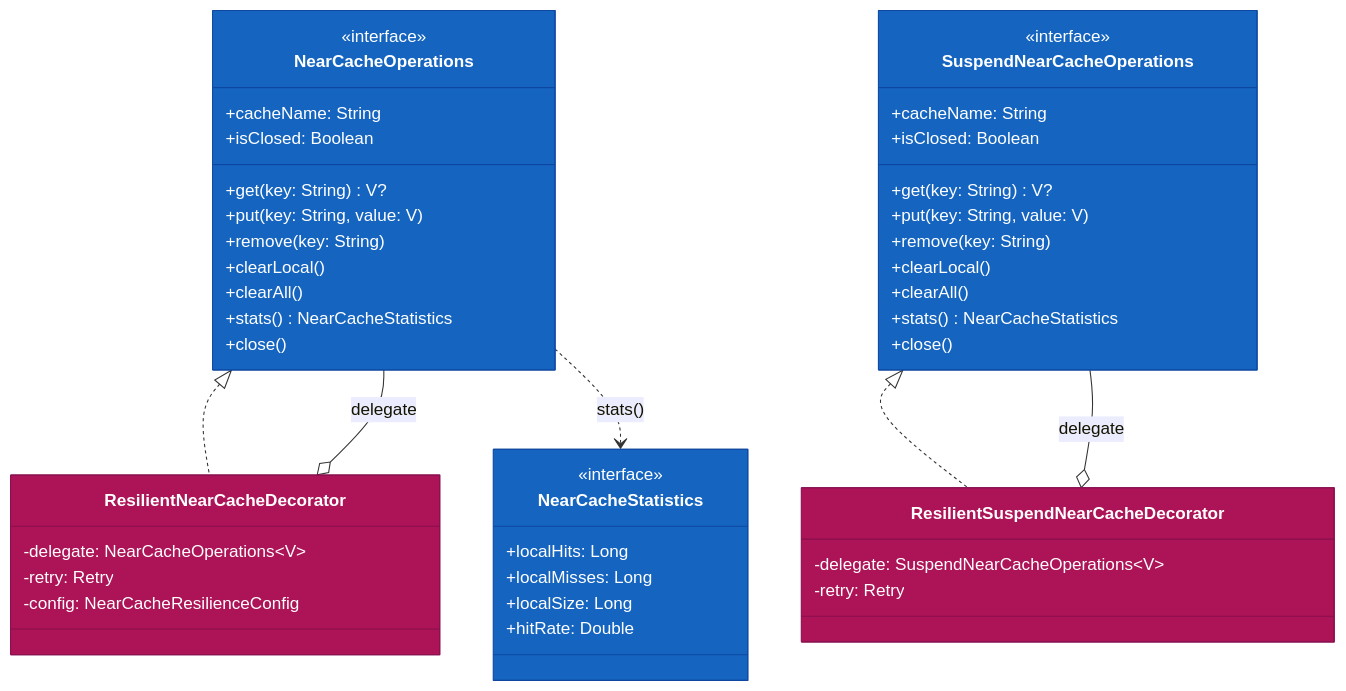
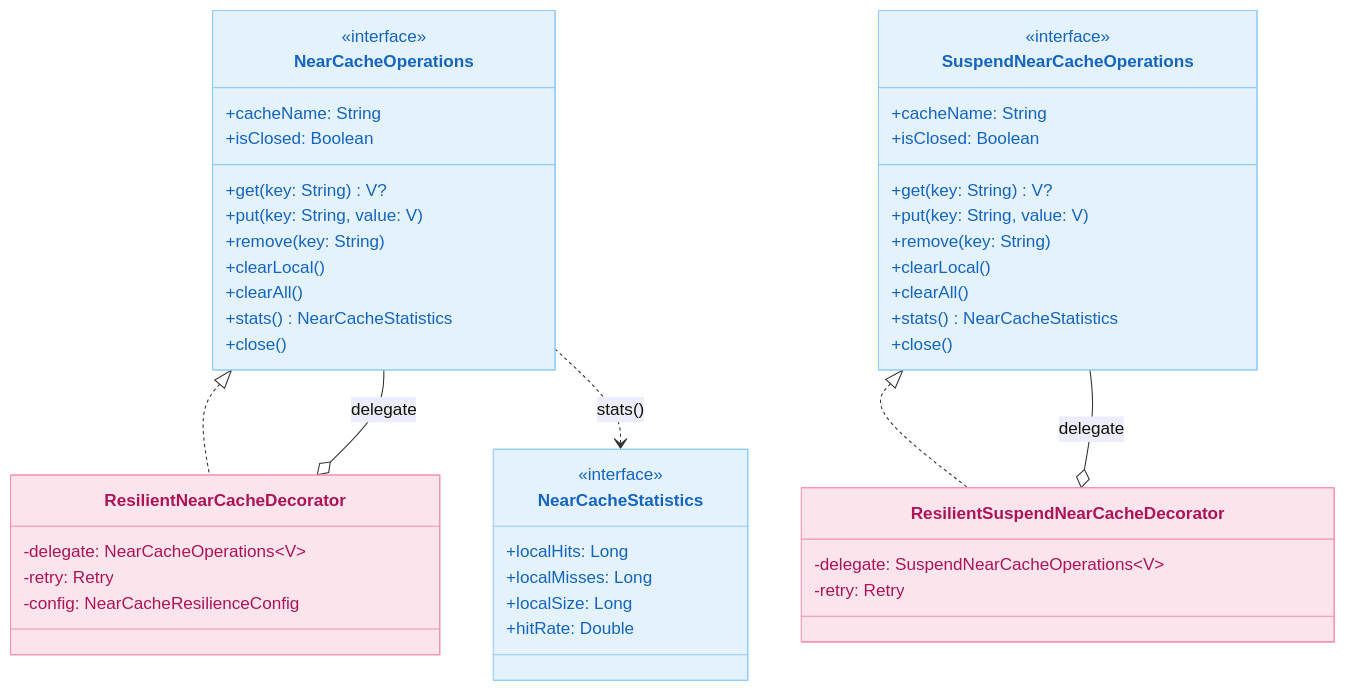
Before and after one commit to bluetape4k/bluetape4k-projects: the third of 3 diagrams in infra/cache-core/README.md, drawn with Mermaid. The commit also changed other lines of this file and 219 other files, not shown here.

First line of the commit message:
docs: 전체 README Mermaid 다이어그램 가이드 적용

````diff
--- a/infra/cache-core/README.md
+++ b/infra/cache-core/README.md
@@ -120,59 +108,59 @@
 ```mermaid
 classDiagram
     class NearCacheOperations {
         <<interface>>
         +cacheName: String
         +isClosed: Boolean
         +get(key: String) V?
         +put(key: String, value: V)
         +remove(key: String)
         +clearLocal()
         +clearAll()
         +stats() NearCacheStatistics
         +close()
     }
 
     class SuspendNearCacheOperations {
         <<interface>>
         +cacheName: String
         +isClosed: Boolean
         +get(key: String) V?
         +put(key: String, value: V)
         +remove(key: String)
         +clearLocal()
         +clearAll()
         +stats() NearCacheStatistics
         +close()
     }
 
     class NearCacheStatistics {
         <<interface>>
         +localHits: Long
         +localMisses: Long
         +localSize: Long
         +hitRate: Double
     }
 
     class ResilientNearCacheDecorator {
         -delegate: NearCacheOperations~V~
         -retry: Retry
         -config: NearCacheResilienceConfig
     }
 
     class ResilientSuspendNearCacheDecorator {
         -delegate: SuspendNearCacheOperations~V~
         -retry: Retry
     }
 
     NearCacheOperations <|.. ResilientNearCacheDecorator
     NearCacheOperations --o ResilientNearCacheDecorator : delegate
     NearCacheOperations ..> NearCacheStatistics : stats()
     SuspendNearCacheOperations <|.. ResilientSuspendNearCacheDecorator
     SuspendNearCacheOperations --o ResilientSuspendNearCacheDecorator : delegate
 
-    style NearCacheOperations fill:#1565C0,stroke:#0D47A1,color:#FFFFFF
-    style SuspendNearCacheOperations fill:#1565C0,stroke:#0D47A1,color:#FFFFFF
-    style NearCacheStatistics fill:#1565C0,stroke:#0D47A1,color:#FFFFFF
-    style ResilientNearCacheDecorator fill:#AD1457,stroke:#880E4F,color:#FFFFFF
-    style ResilientSuspendNearCacheDecorator fill:#AD1457,stroke:#880E4F,color:#FFFFFF
+    style NearCacheOperations fill:#E3F2FD,stroke:#90CAF9,color:#1565C0
+    style SuspendNearCacheOperations fill:#E3F2FD,stroke:#90CAF9,color:#1565C0
+    style NearCacheStatistics fill:#E3F2FD,stroke:#90CAF9,color:#1565C0
+    style ResilientNearCacheDecorator fill:#FCE4EC,stroke:#F48FB1,color:#AD1457
+    style ResilientSuspendNearCacheDecorator fill:#FCE4EC,stroke:#F48FB1,color:#AD1457
 ```
````
